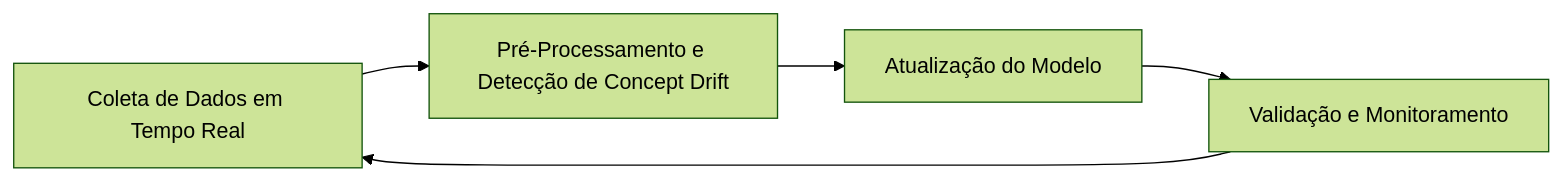
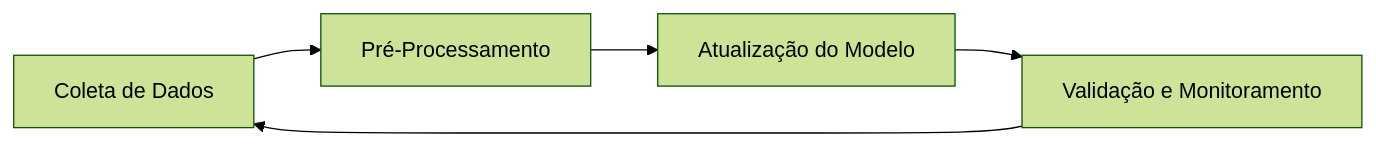
One commit to misterclayt0n/ponderada changed the diagram in README.md. Above: the diagram before and after it, drawn with Mermaid (forest theme). The commit also changed other lines of this file, not shown here.

````diff
--- a/README.md
+++ b/README.md
@@ -13,7 +13,8 @@
 ```mermaid
 graph LR
-    A[Coleta de Dados em Tempo Real] --> B[Pré-Processamento e Detecção de Concept Drift]
+    A[Coleta de Dados] --> B[Pré-Processamento]
     B --> C[Atualização do Modelo]
     C --> D[Validação e Monitoramento]
-    D --> A
+    D --> A[Coleta de Dados]
+
 ```
````
